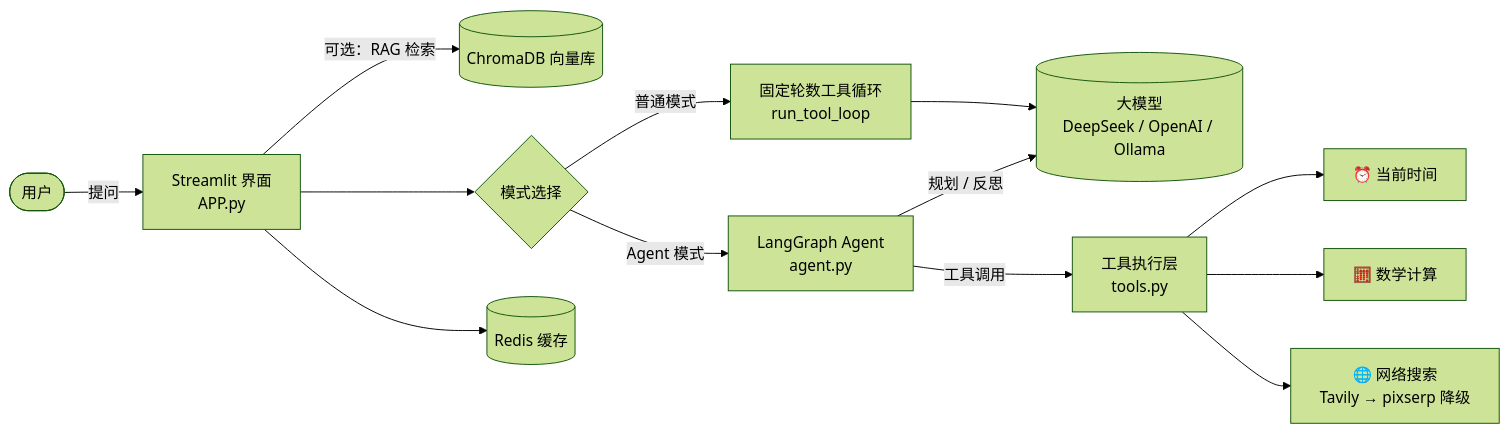
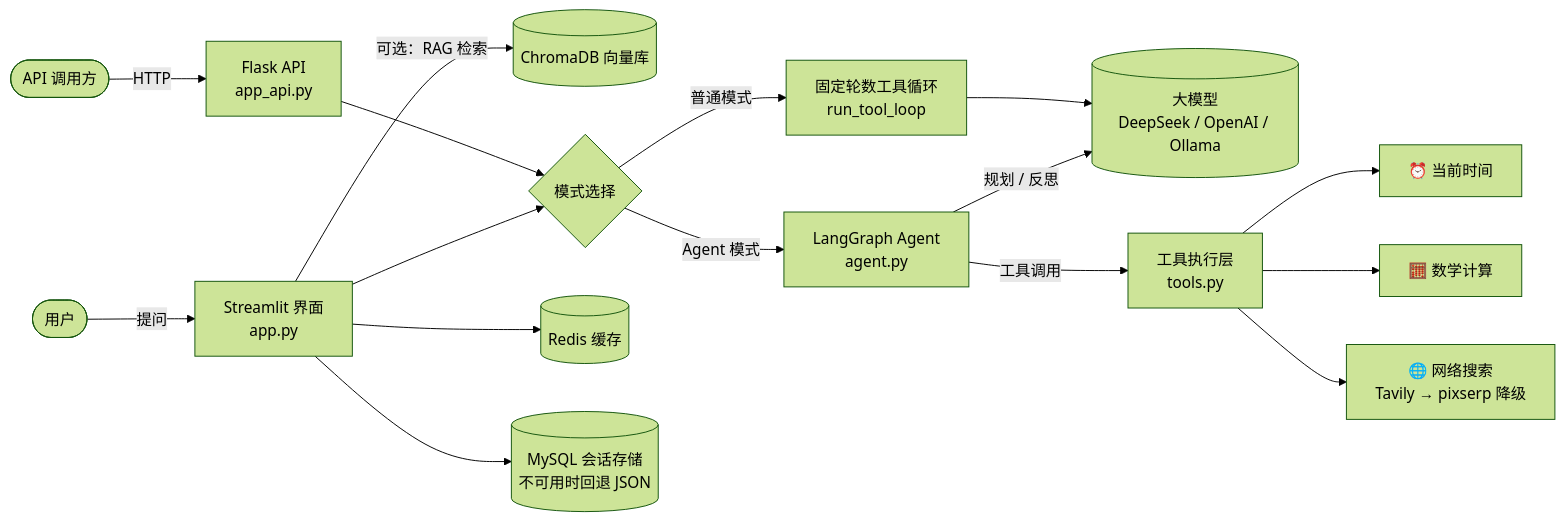
The diagram in README.md (MWQ111/ma-ai-chat5201314), drawn with Mermaid (forest theme) before and after one commit. The commit also changed other lines of this file and 27 other files, not shown here.

````diff
--- a/README.md
+++ b/README.md
@@ -59,15 +77,18 @@
 ```mermaid
 flowchart LR
-    User([用户]) -->|提问| UI[Streamlit 界面<br/>APP.py]
+    User([用户]) -->|提问| UI[Streamlit 界面<br/>app.py]
+    APICLIENT([API 调用方]) -->|HTTP| API[Flask API<br/>app_api.py]
     UI -->|可选：RAG 检索| RAG[(ChromaDB 向量库)]
     UI --> ROUTE{模式选择}
+    API --> ROUTE
     ROUTE -->|普通模式| LOOP[固定轮数工具循环<br/>run_tool_loop]
     ROUTE -->|Agent 模式| AGENT[LangGraph Agent<br/>agent.py]
     AGENT -->|规划 / 反思| LLM[(大模型<br/>DeepSeek / OpenAI / Ollama)]
     AGENT -->|工具调用| TOOLS[工具执行层<br/>tools.py]
     TOOLS --> TIME[⏰ 当前时间]
     TOOLS --> CALC[🧮 数学计算]
     TOOLS --> SEARCH[🌐 网络搜索<br/>Tavily → pixserp 降级]
     LOOP --> LLM
     UI --> CACHE[(Redis 缓存)]
+    UI --> DB[(MySQL 会话存储<br/>不可用时回退 JSON)]
 ```
````
